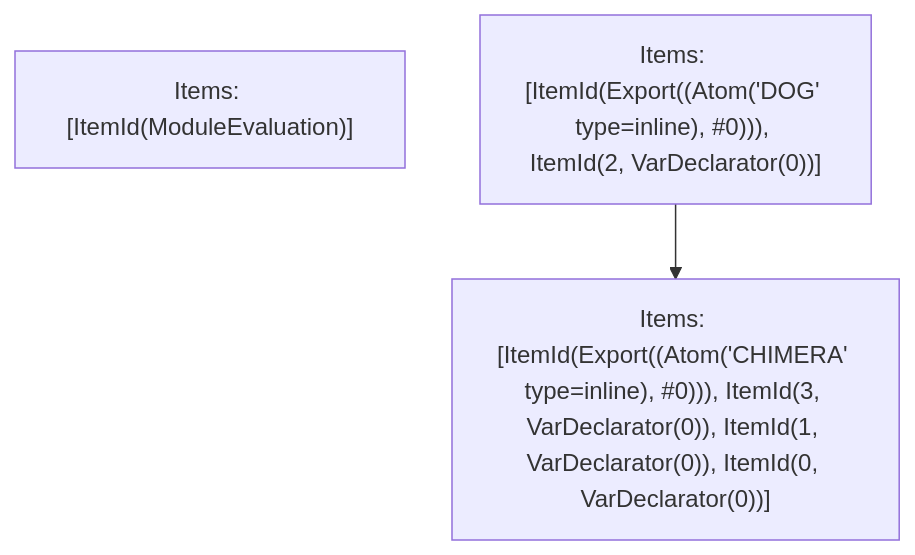
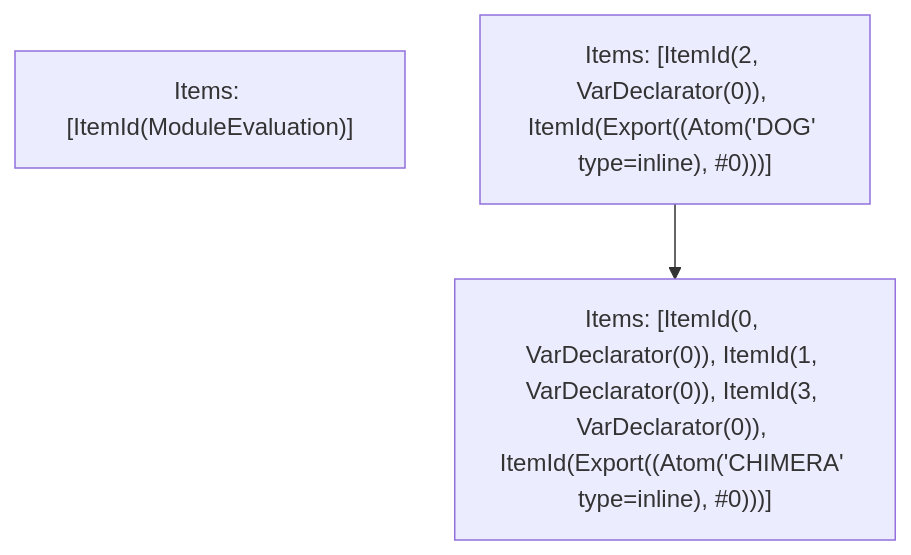
Before and after one commit to vercel/turborepo: the fifth of 5 diagrams in crates/turbopack-ecmascript/tests/tree-shaker/analyzer/simple/output.md, drawn with Mermaid. The commit also changed 3 other files, not shown here.

````diff
--- a/crates/turbopack-ecmascript/tests/tree-shaker/analyzer/simple/output.md
+++ b/crates/turbopack-ecmascript/tests/tree-shaker/analyzer/simple/output.md
@@ -120,7 +120,7 @@
 ```mermaid
 graph TD
     N0["Items: [ItemId(ModuleEvaluation)]"];
-    N1["Items: [ItemId(Export((Atom('DOG' type=inline), #0))), ItemId(2, VarDeclarator(0))]"];
-    N2["Items: [ItemId(Export((Atom('CHIMERA' type=inline), #0))), ItemId(3, VarDeclarator(0)), ItemId(1, VarDeclarator(0)), ItemId(0, VarDeclarator(0))]"];
+    N1["Items: [ItemId(2, VarDeclarator(0)), ItemId(Export((Atom('DOG' type=inline), #0)))]"];
+    N2["Items: [ItemId(0, VarDeclarator(0)), ItemId(1, VarDeclarator(0)), ItemId(3, VarDeclarator(0)), ItemId(Export((Atom('CHIMERA' type=inline), #0)))]"];
     N1 --> N2;
 ```
````
